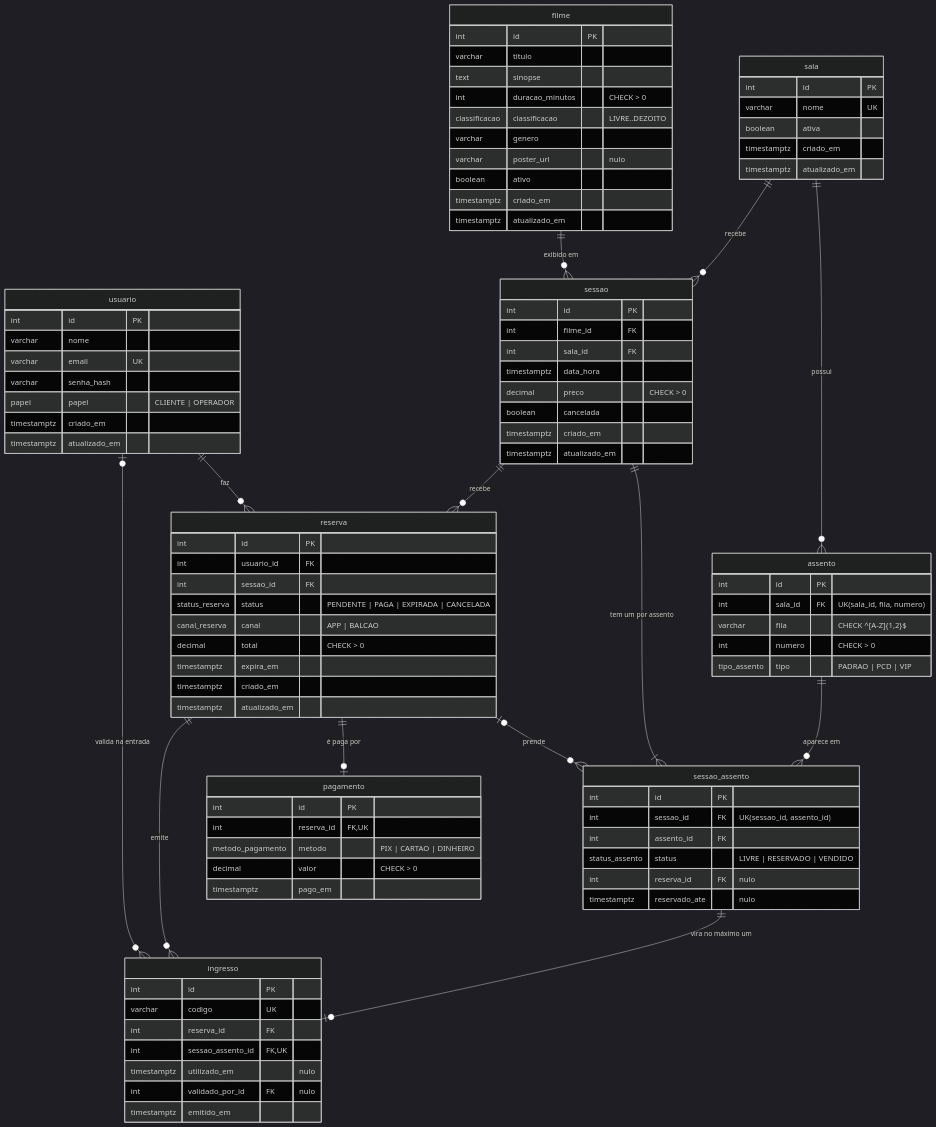
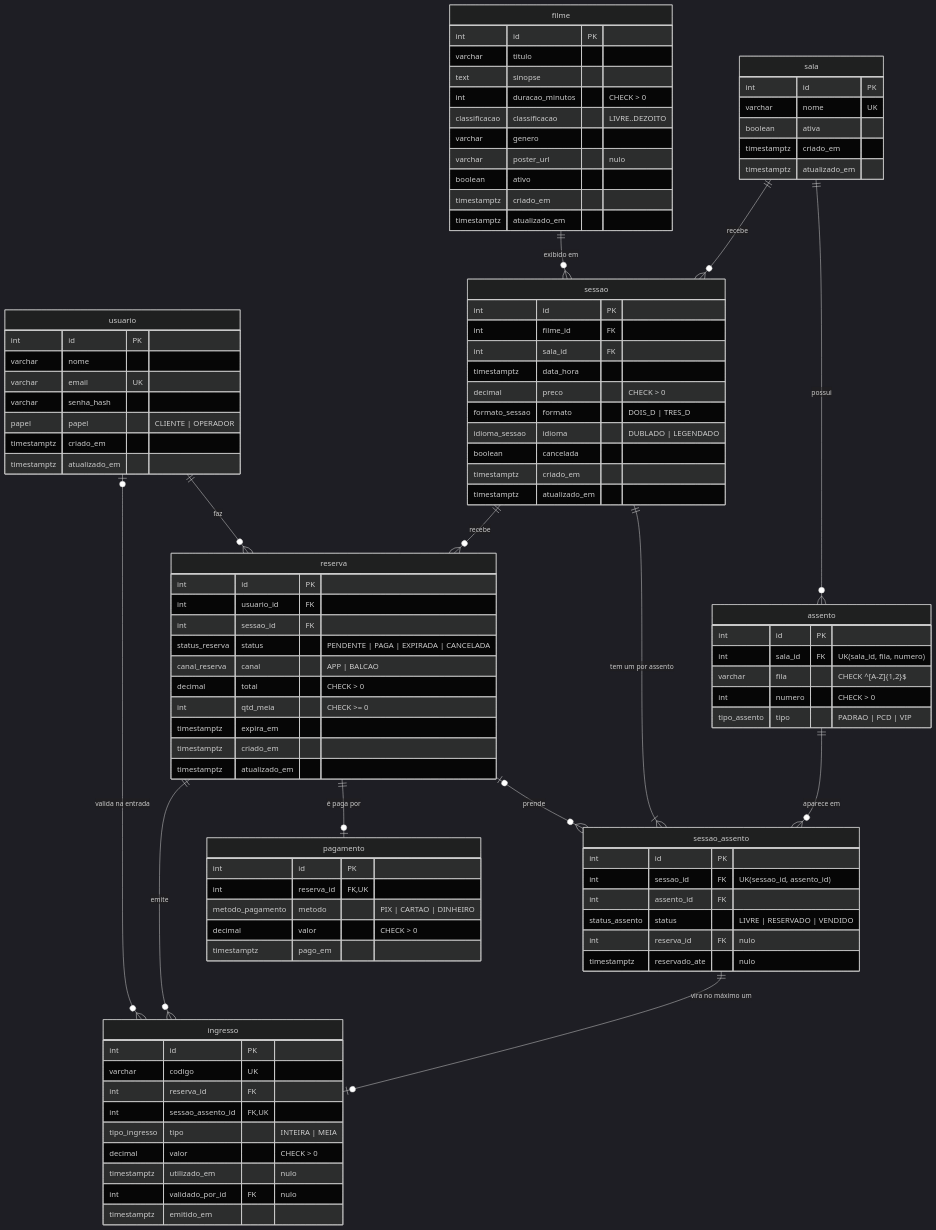
The diagram in docs/der.md (Isacosta412/bilheteria_api), drawn with Mermaid (dark theme) before and after one commit. The commit also changed other lines of this file and 2 other files, not shown here.

First line of the commit message:
Docs: endereço de produção, contas de demonstração e meia-entrada no banco

```diff
--- a/docs/der.md
+++ b/docs/der.md
@@ -50,6 +50,8 @@
         int sala_id FK
         timestamptz data_hora
         decimal preco "CHECK > 0"
+        formato_sessao formato "DOIS_D | TRES_D"
+        idioma_sessao idioma "DUBLADO | LEGENDADO"
         boolean cancelada
         timestamptz criado_em
         timestamptz atualizado_em
@@ -71,6 +73,7 @@
         status_reserva status "PENDENTE | PAGA | EXPIRADA | CANCELADA"
         canal_reserva canal "APP | BALCAO"
         decimal total "CHECK > 0"
+        int qtd_meia "CHECK >= 0"
         timestamptz expira_em
         timestamptz criado_em
         timestamptz atualizado_em
@@ -89,6 +92,8 @@
         varchar codigo UK
         int reserva_id FK
         int sessao_assento_id FK,UK
+        tipo_ingresso tipo "INTEIRA | MEIA"
+        decimal valor "CHECK > 0"
         timestamptz utilizado_em "nulo"
         int validado_por_id FK "nulo"
         timestamptz emitido_em
```
